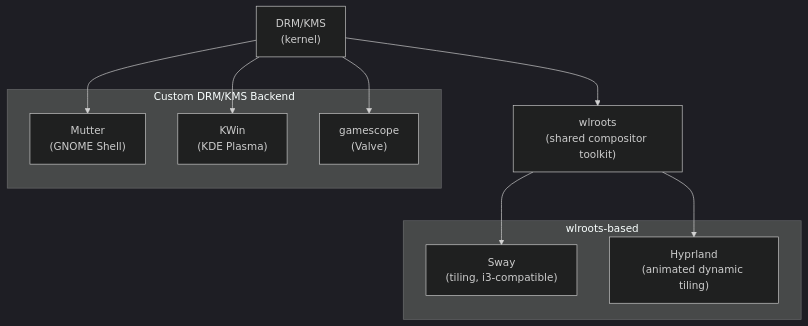
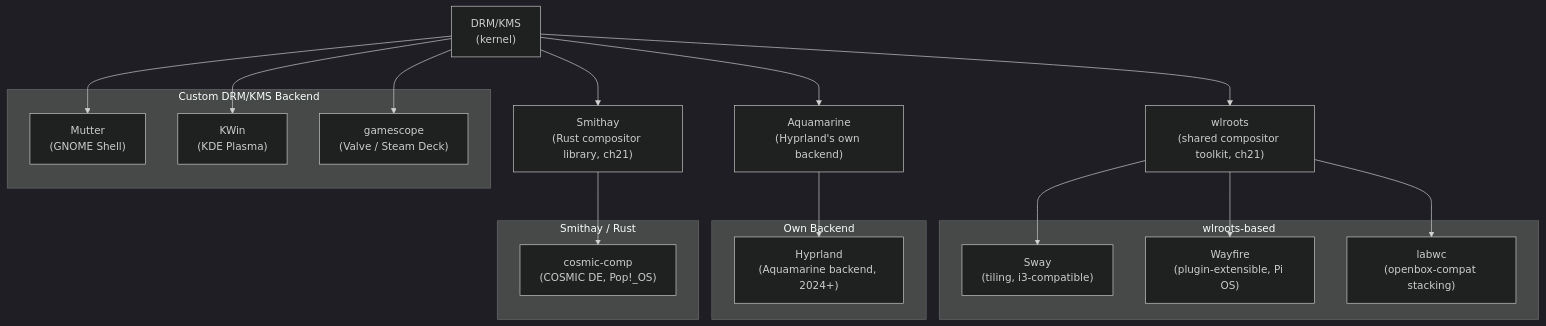
One commit to jreuben11/linux-graphics-stack-book changed the first of 10 diagrams in chapters/part-06-display-stack/ch22-production-compositors.md. Above: the diagram before and after it, drawn with Mermaid (dark theme). The commit also changed other lines of this file, not shown here.

First line of the commit message:
Add cross-chapter compositor feature matrix to ch22 §1

````diff
--- a/chapters/part-06-display-stack/ch22-production-compositors.md
+++ b/chapters/part-06-display-stack/ch22-production-compositors.md
@@ -55,18 +55,30 @@
 ```mermaid
 graph TD
     subgraph "Custom DRM/KMS Backend"
         Mutter["Mutter\n(GNOME Shell)"]
         KWin["KWin\n(KDE Plasma)"]
-        gamescope["gamescope\n(Valve)"]
+        gamescope["gamescope\n(Valve / Steam Deck)"]
     end
     subgraph "wlroots-based"
         Sway["Sway\n(tiling, i3-compatible)"]
-        Hyprland["Hyprland\n(animated dynamic tiling)"]
+        Wayfire["Wayfire\n(plugin-extensible, Pi OS)"]
+        labwc["labwc\n(openbox-compat stacking)"]
     end
-    wlroots["wlroots\n(shared compositor toolkit)"] --> Sway
-    wlroots --> Hyprland
+    subgraph "Own Backend"
+        Hyprland["Hyprland\n(Aquamarine backend, 2024+)"]
+    end
+    subgraph "Smithay / Rust"
+        cosmic["cosmic-comp\n(COSMIC DE, Pop!_OS)"]
+    end
+    wlroots["wlroots\n(shared compositor toolkit, ch21)"] --> Sway
+    wlroots --> Wayfire
+    wlroots --> labwc
+    aquamarine["Aquamarine\n(Hyprland's own backend)"] --> Hyprland
+    smithay["Smithay\n(Rust compositor library, ch21)"] --> cosmic
     DRM["DRM/KMS\n(kernel)"] --> Mutter
     DRM --> KWin
     DRM --> gamescope
     DRM --> wlroots
+    DRM --> aquamarine
+    DRM --> smithay
 ```
````
